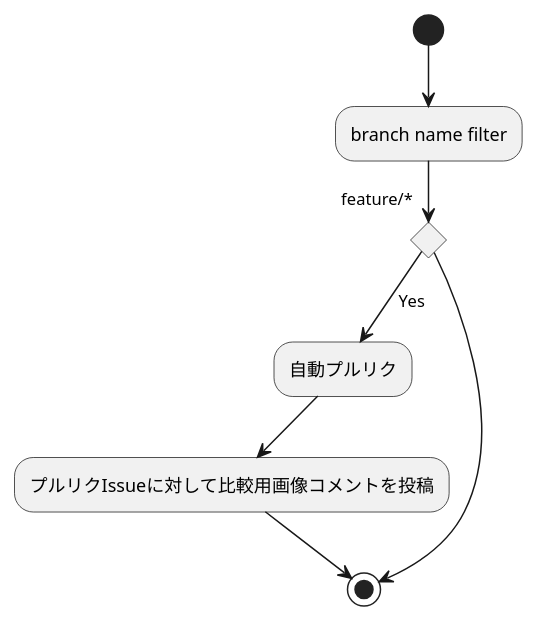
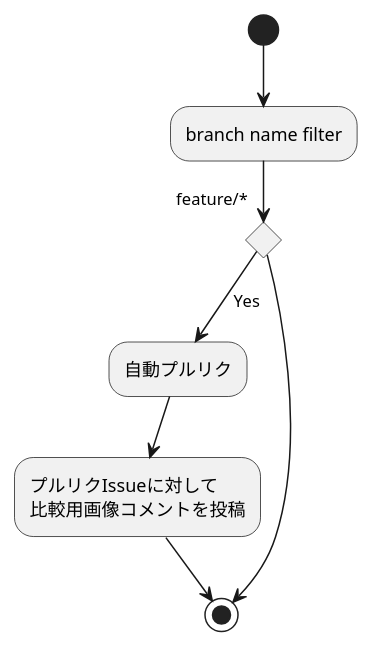
Before and after one commit to sunakan/puml-diffman: the diagram in examples/flowchart.puml, drawn with PlantUML.

Commit message:
[Modify] フローチャートの画像を少しだけ見やすくする

```diff
--- a/examples/flowchart.puml
+++ b/examples/flowchart.puml
@@ -1,10 +1,10 @@
 @startuml
 (*)  --> "branch name filter"
 If "feature/*" then
 --> [Yes] "自動プルリク"
---> "プルリクIssueに対して比較用画像コメントを投稿"
+--> "プルリクIssueに対して\n比較用画像コメントを投稿"
 --> (*)
 else
 --> (*)
 Endif
 @enduml
```
